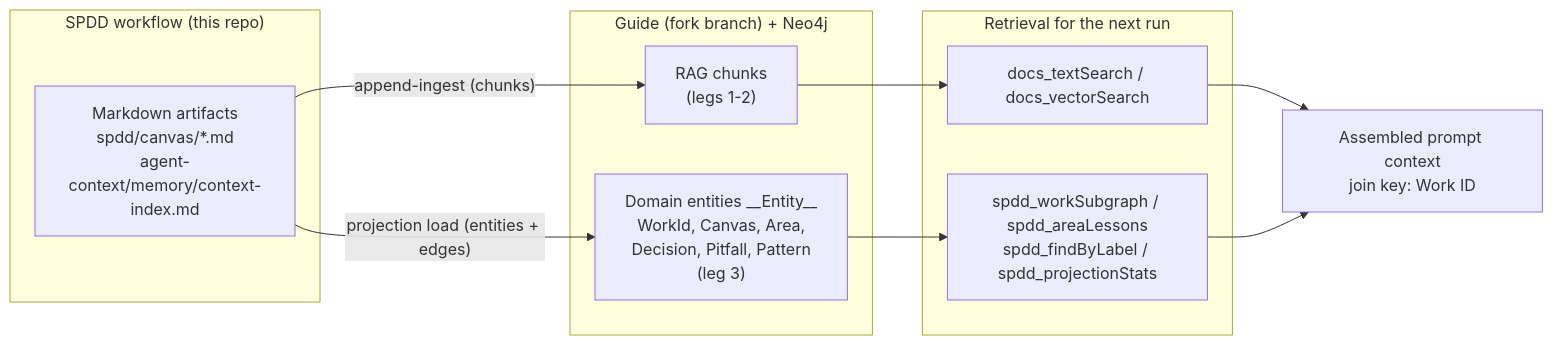
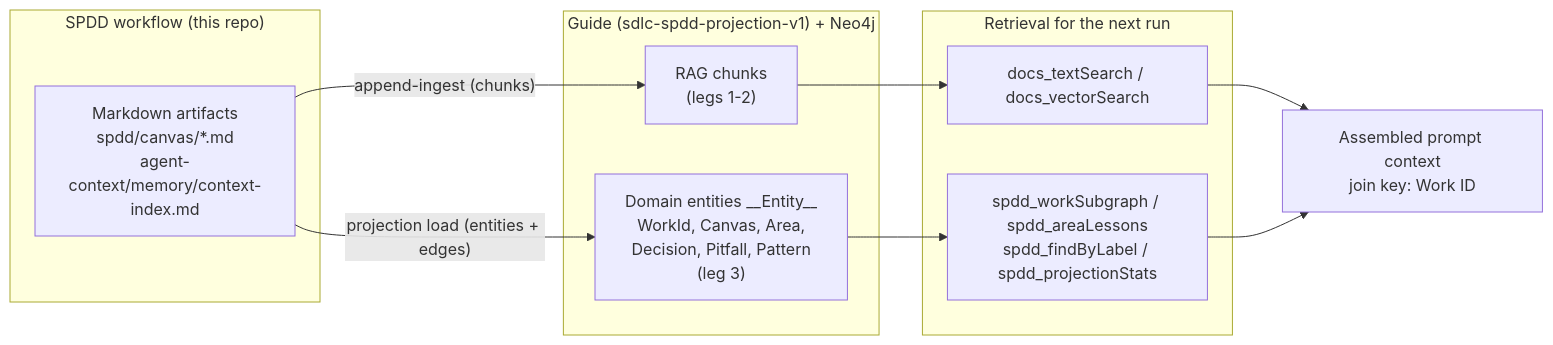
One commit to jmjava-cr/sdlc-spdd-orchestrator changed the diagram in docs/dice-projection-runbook.md. Above: the diagram before and after it, drawn with Mermaid. The commit also changed other lines of this file and 14 other files, not shown here.

````diff
--- a/docs/dice-projection-runbook.md
+++ b/docs/dice-projection-runbook.md
@@ -18,23 +18,23 @@
 ```mermaid
 flowchart LR
     subgraph SPDD["SPDD workflow (this repo)"]
         MD["Markdown artifacts<br/>spdd/canvas/*.md<br/>agent-context/memory/context-index.md"]
     end
 
-    subgraph Guide["Guide (fork branch) + Neo4j"]
+    subgraph Guide["Guide (sdlc-spdd-projection-v1) + Neo4j"]
         CH["RAG chunks<br/>(legs 1-2)"]
         EN["Domain entities __Entity__<br/>WorkId, Canvas, Area,<br/>Decision, Pitfall, Pattern<br/>(leg 3)"]
     end
 
     subgraph Retrieve["Retrieval for the next run"]
         T1["docs_textSearch / docs_vectorSearch"]
         T2["spdd_workSubgraph / spdd_areaLessons<br/>spdd_findByLabel / spdd_projectionStats"]
     end
 
     MD -->|"append-ingest (chunks)"| CH
     MD -->|"projection load (entities + edges)"| EN
     CH --> T1
     EN --> T2
     T1 --> CTX["Assembled prompt context<br/>join key: Work ID"]
     T2 --> CTX
 ```
````
